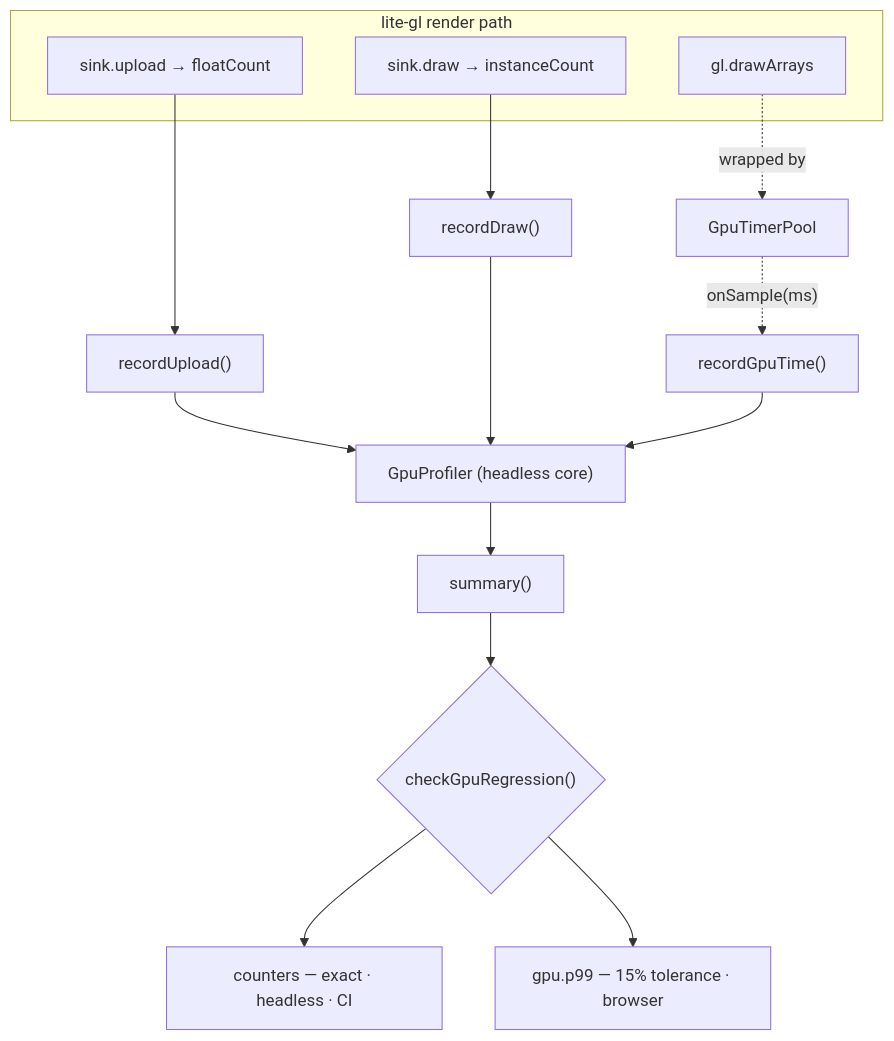
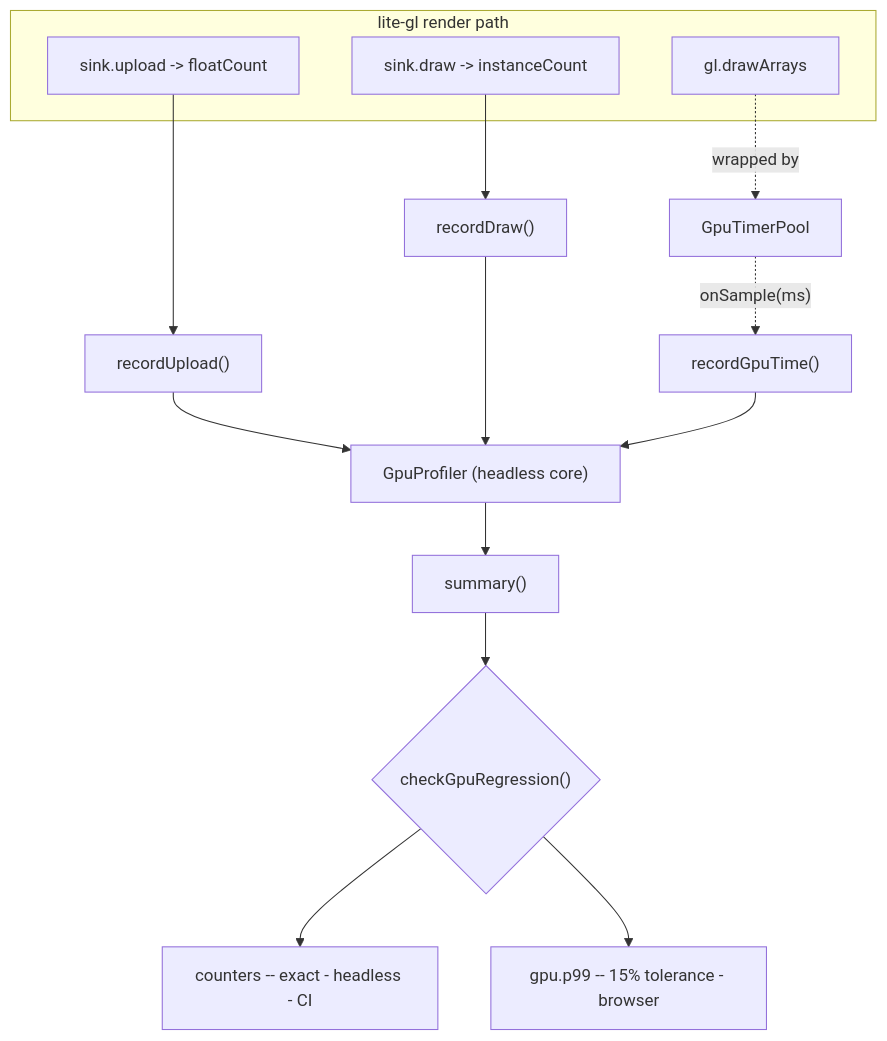
Before and after one commit to PeshoVurtoleta/lite-gpu-profiler: the diagram in README.md, drawn with Mermaid. The commit also changed other lines of this file and 8 other files, not shown here.

````diff
--- a/README.md
+++ b/README.md
@@ -24,21 +24,21 @@
 ```mermaid
 flowchart TB
     subgraph src["lite-gl render path"]
-        UP["sink.upload → floatCount"]
-        DR["sink.draw → instanceCount"]
+        UP["sink.upload -> floatCount"]
+        DR["sink.draw -> instanceCount"]
         GLD["gl.drawArrays"]
     end
 
     UP --> RU["recordUpload()"]
     DR --> RD["recordDraw()"]
     GLD -. "wrapped by" .-> TP["GpuTimerPool"]
 
     RU --> CORE["GpuProfiler (headless core)"]
     RD --> CORE
     TP -. "onSample(ms)" .-> RGT["recordGpuTime()"] --> CORE
 
     CORE --> SUM["summary()"]
     SUM --> GATE{"checkGpuRegression()"}
-    GATE --> EX["counters — exact · headless · CI"]
-    GATE --> TOL["gpu.p99 — 15% tolerance · browser"]
+    GATE --> EX["counters -- exact - headless - CI"]
+    GATE --> TOL["gpu.p99 -- 15% tolerance - browser"]
 ```
````
